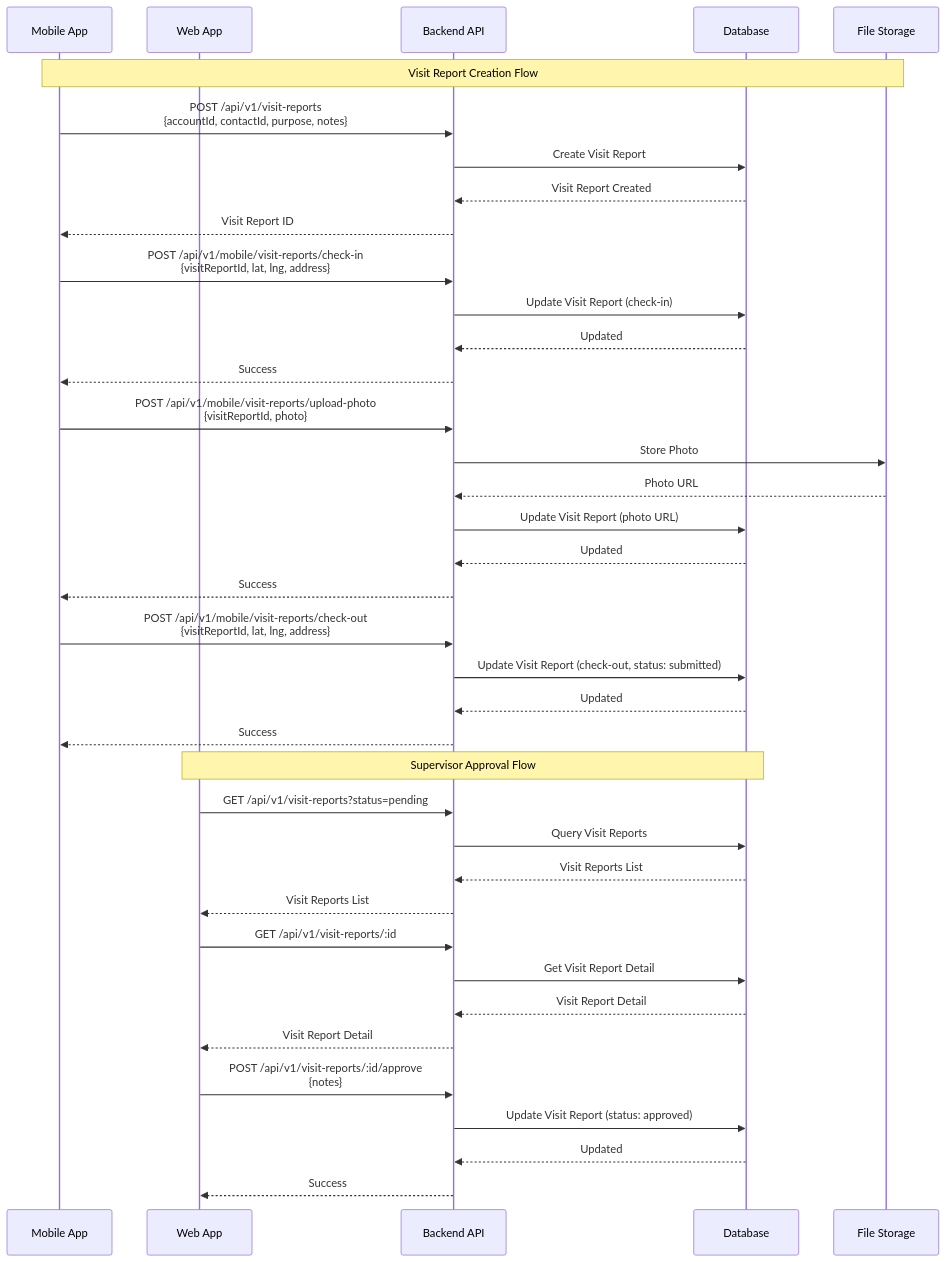
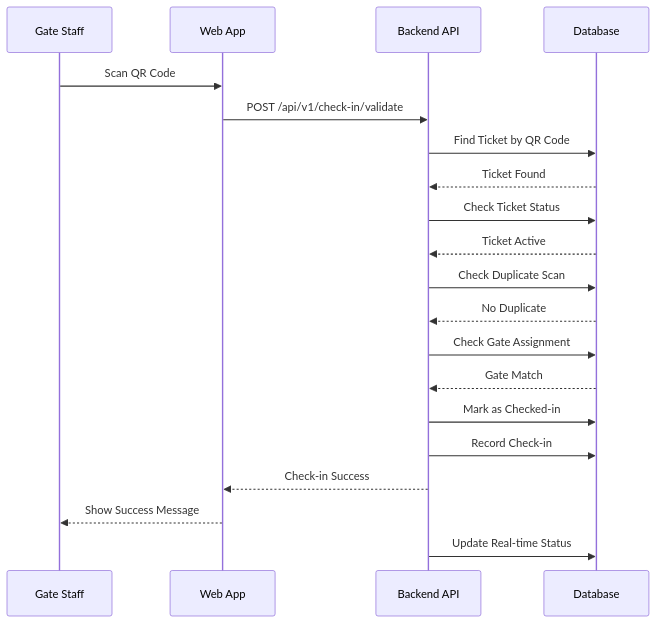
Diagram 13 of 13 in docs/PROJECT_DIAGRAMS.md (Gilabs-Studio/webapp-ticket-konser), drawn with Mermaid before and after one commit. The commit also changed other lines of this file and 8 other files, not shown here.

````diff
--- a/docs/PROJECT_DIAGRAMS.md
+++ b/docs/PROJECT_DIAGRAMS.md
@@ -675,49 +612,23 @@
 ```mermaid
 sequenceDiagram
-    participant M as Mobile App
+    participant GS as Gate Staff
     participant W as Web App
     participant API as Backend API
     participant DB as Database
-    participant FS as File Storage
     
-    Note over M,FS: Visit Report Creation Flow
-    
-    M->>API: POST /api/v1/visit-reports<br/>{accountId, contactId, purpose, notes}
-    API->>DB: Create Visit Report
-    DB-->>API: Visit Report Created
-    API-->>M: Visit Report ID
-    
-    M->>API: POST /api/v1/mobile/visit-reports/check-in<br/>{visitReportId, lat, lng, address}
-    API->>DB: Update Visit Report (check-in)
-    DB-->>API: Updated
-    API-->>M: Success
-    
-    M->>API: POST /api/v1/mobile/visit-reports/upload-photo<br/>{visitReportId, photo}
-    API->>FS: Store Photo
-    FS-->>API: Photo URL
-    API->>DB: Update Visit Report (photo URL)
-    DB-->>API: Updated
-    API-->>M: Success
-    
-    M->>API: POST /api/v1/mobile/visit-reports/check-out<br/>{visitReportId, lat, lng, address}
-    API->>DB: Update Visit Report (check-out, status: submitted)
-    DB-->>API: Updated
-    API-->>M: Success
-    
-    Note over W,DB: Supervisor Approval Flow
-    
-    W->>API: GET /api/v1/visit-reports?status=pending
-    API->>DB: Query Visit Reports
-    DB-->>API: Visit Reports List
-    API-->>W: Visit Reports List
-    
-    W->>API: GET /api/v1/visit-reports/:id
-    API->>DB: Get Visit Report Detail
-    DB-->>API: Visit Report Detail
-    API-->>W: Visit Report Detail
-    
-    W->>API: POST /api/v1/visit-reports/:id/approve<br/>{notes}
-    API->>DB: Update Visit Report (status: approved)
-    DB-->>API: Updated
-    API-->>W: Success
+    GS->>W: Scan QR Code
+    W->>API: POST /api/v1/check-in/validate
+    API->>DB: Find Ticket by QR Code
+    DB-->>API: Ticket Found
+    API->>DB: Check Ticket Status
+    DB-->>API: Ticket Active
+    API->>DB: Check Duplicate Scan
+    DB-->>API: No Duplicate
+    API->>DB: Check Gate Assignment
+    DB-->>API: Gate Match
+    API->>DB: Mark as Checked-in
+    API->>DB: Record Check-in
+    API-->>W: Check-in Success
+    W-->>GS: Show Success Message
+    API->>DB: Update Real-time Status
 ```
````
